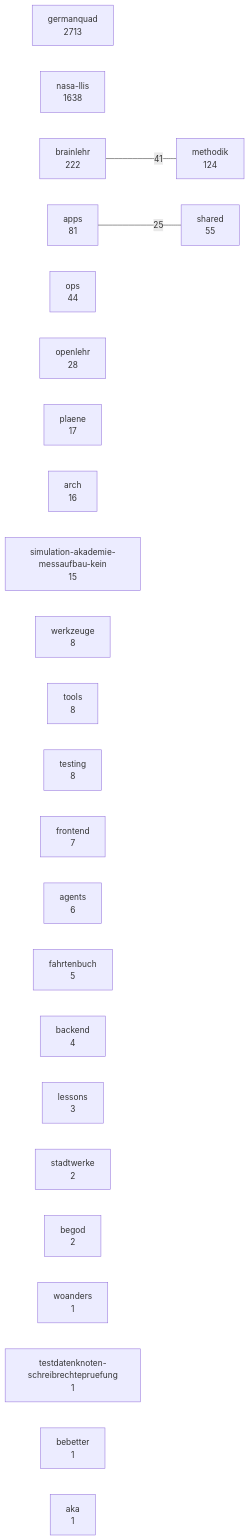
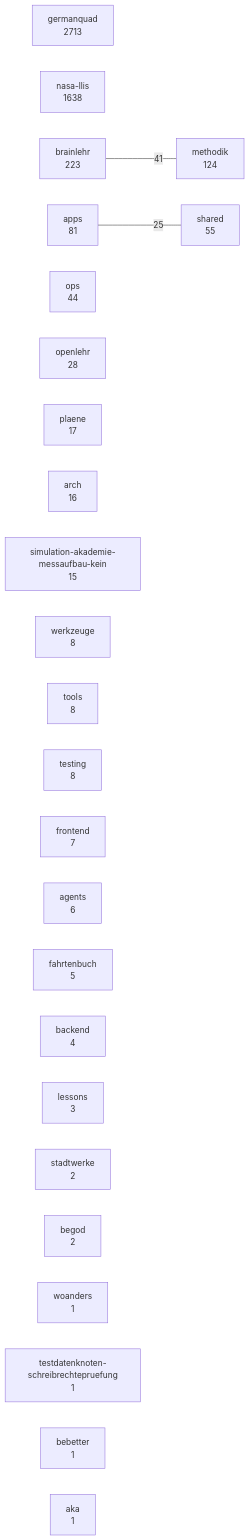
Before and after one commit to 3lehr/brainlehr: the diagram in docs/karten/bestand.md, drawn with Mermaid. The commit also changed 5 other files, not shown here.

````diff
--- a/docs/karten/bestand.md
+++ b/docs/karten/bestand.md
@@ -5,30 +5,30 @@
 ```mermaid
 graph LR
   germanquad["germanquad<br/>2713"]
   nasa_llis["nasa-llis<br/>1638"]
-  brainlehr["brainlehr<br/>222"]
+  brainlehr["brainlehr<br/>223"]
   methodik["methodik<br/>124"]
   apps["apps<br/>81"]
   shared["shared<br/>55"]
   ops["ops<br/>44"]
   openlehr["openlehr<br/>28"]
   plaene["plaene<br/>17"]
   arch["arch<br/>16"]
   simulation_akademie_messaufbau_kein["simulation-akademie-messaufbau-kein<br/>15"]
   werkzeuge["werkzeuge<br/>8"]
   tools["tools<br/>8"]
   testing["testing<br/>8"]
   frontend["frontend<br/>7"]
   agents["agents<br/>6"]
   fahrtenbuch["fahrtenbuch<br/>5"]
   backend["backend<br/>4"]
   lessons["lessons<br/>3"]
   stadtwerke["stadtwerke<br/>2"]
   begod["begod<br/>2"]
   woanders["woanders<br/>1"]
   testdatenknoten_schreibrechtepruefung["testdatenknoten-schreibrechtepruefung<br/>1"]
   bebetter["bebetter<br/>1"]
   aka["aka<br/>1"]
   brainlehr ---|41| methodik
   apps ---|25| shared
 ```
````
